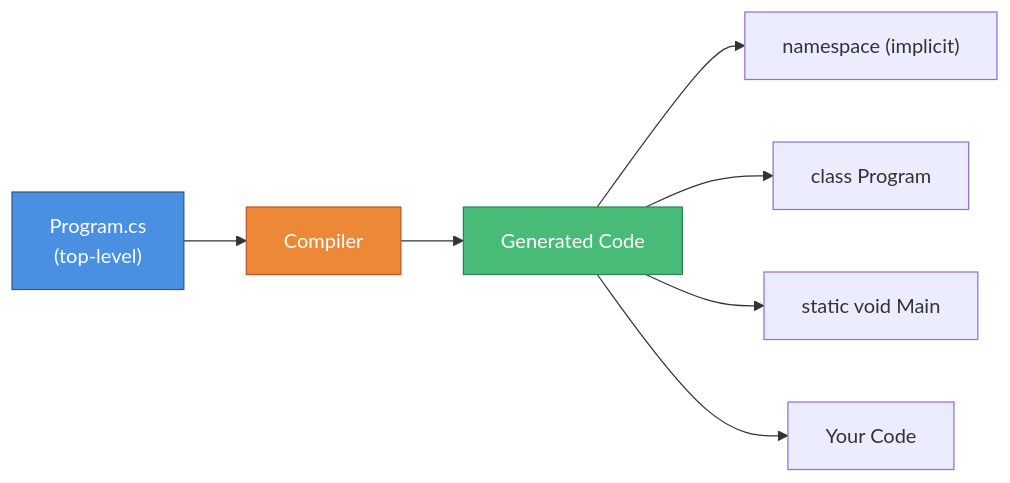
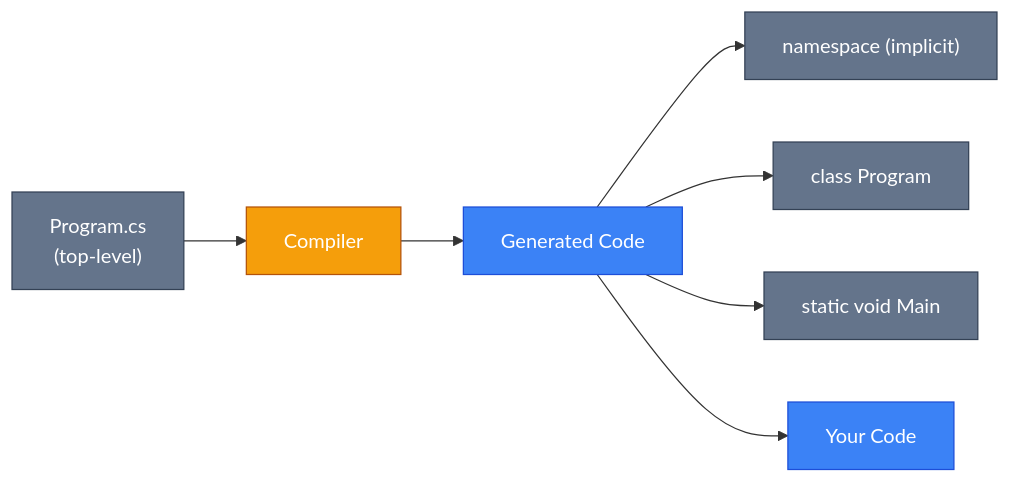
The second of 3 diagrams in content/1.csharp/1.fundamentals/2.program-structure.md (arakviel/kostyl.dev), drawn with Mermaid before and after one commit. The commit also changed other lines of this file and 30 other files, not shown here.

````diff
--- a/content/1.csharp/1.fundamentals/2.program-structure.md
+++ b/content/1.csharp/1.fundamentals/2.program-structure.md
@@ -264,14 +273,18 @@
 ```mermaid
 flowchart LR
     A["Program.cs<br/>(top-level)"] --> B["Compiler"]
     B --> C["Generated Code"]
 
     C --> C1["namespace (implicit)"]
     C --> C2["class Program"]
     C --> C3["static void Main"]
     C --> C4["Your Code"]
 
-    style A fill:#4a90e2,stroke:#2e5c8a,color:#fff
-    style B fill:#ed8936,stroke:#c05621,color:#fff
-    style C fill:#48bb78,stroke:#2f855a,color:#fff
+    style A fill:#64748b,stroke:#334155,color:#ffffff
+    style B fill:#f59e0b,stroke:#b45309,color:#ffffff
+    style C fill:#3b82f6,stroke:#1d4ed8,color:#ffffff
+    style C1 fill:#64748b,stroke:#334155,color:#ffffff
+    style C2 fill:#64748b,stroke:#334155,color:#ffffff
+    style C3 fill:#64748b,stroke:#334155,color:#ffffff
+    style C4 fill:#3b82f6,stroke:#1d4ed8,color:#ffffff
 ```
````
